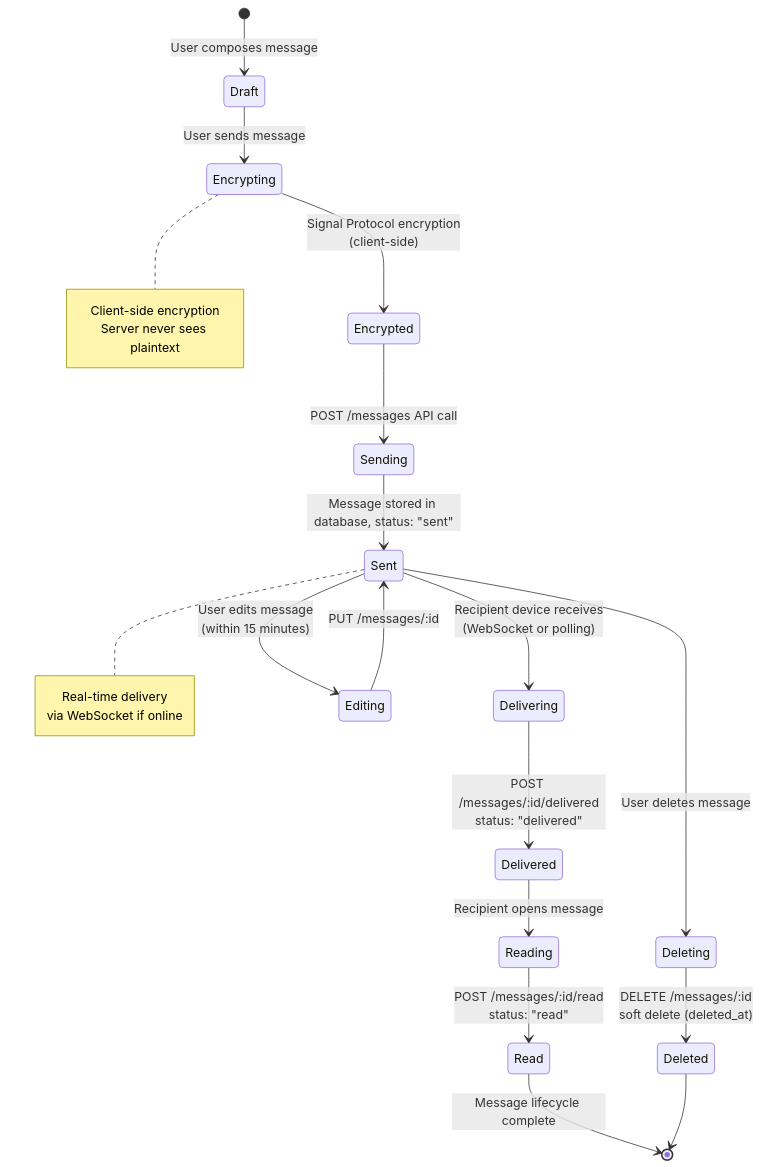
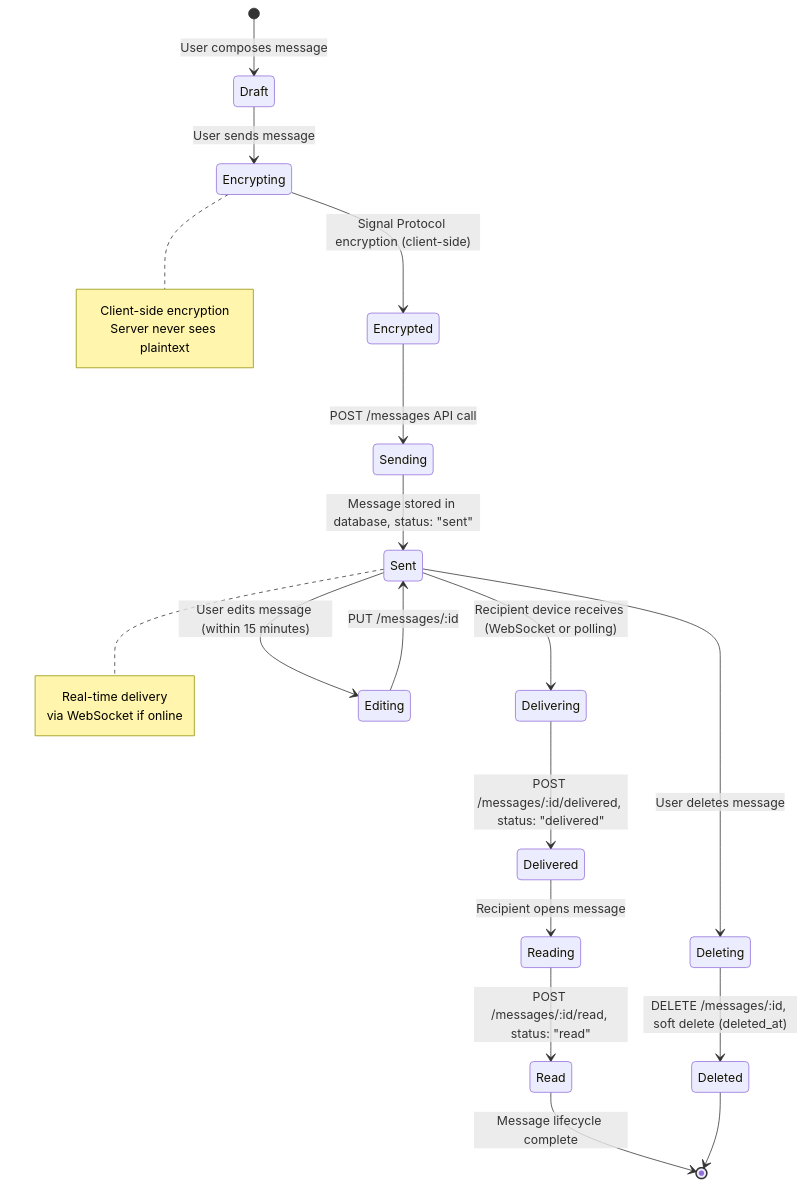
Before and after one commit to YaduEnc/PlasticWorld: diagram 12 of 15 in README.md, drawn with Mermaid. The commit also changed other lines of this file, not shown here.

Commit message:
Fix all Mermaid state diagram parsing errors
- Remove all <br/> tags from state diagram transitions
- Replace with commas and spaces for proper Mermaid syntax

````diff
--- a/README.md
+++ b/README.md
@@ -797,39 +797,39 @@
 ```mermaid
 stateDiagram-v2
     [*] --> Draft: User composes message
     
     Draft --> Encrypting: User sends message
     
-    Encrypting --> Encrypted: Signal Protocol encryption<br/>(client-side)
+    Encrypting --> Encrypted: Signal Protocol encryption (client-side)
     
     Encrypted --> Sending: POST /messages API call
     
     Sending --> Sent: Message stored in database, status: "sent"
     
-    Sent --> Delivering: Recipient device receives<br/>(WebSocket or polling)
+    Sent --> Delivering: Recipient device receives (WebSocket or polling)
     
-    Delivering --> Delivered: POST /messages/:id/delivered<br/>status: "delivered"
+    Delivering --> Delivered: POST /messages/:id/delivered, status: "delivered"
     
     Delivered --> Reading: Recipient opens message
     
-    Reading --> Read: POST /messages/:id/read<br/>status: "read"
+    Reading --> Read: POST /messages/:id/read, status: "read"
     
     Read --> [*]: Message lifecycle complete
     
-    Sent --> Editing: User edits message<br/>(within 15 minutes)
+    Sent --> Editing: User edits message (within 15 minutes)
     Editing --> Sent: PUT /messages/:id
     
     Sent --> Deleting: User deletes message
-    Deleting --> Deleted: DELETE /messages/:id<br/>soft delete (deleted_at)
+    Deleting --> Deleted: DELETE /messages/:id, soft delete (deleted_at)
     Deleted --> [*]
     
     note right of Encrypting
         Client-side encryption
         Server never sees plaintext
     end note
     
     note right of Sent
         Real-time delivery
         via WebSocket if online
     end note
 ```
````
